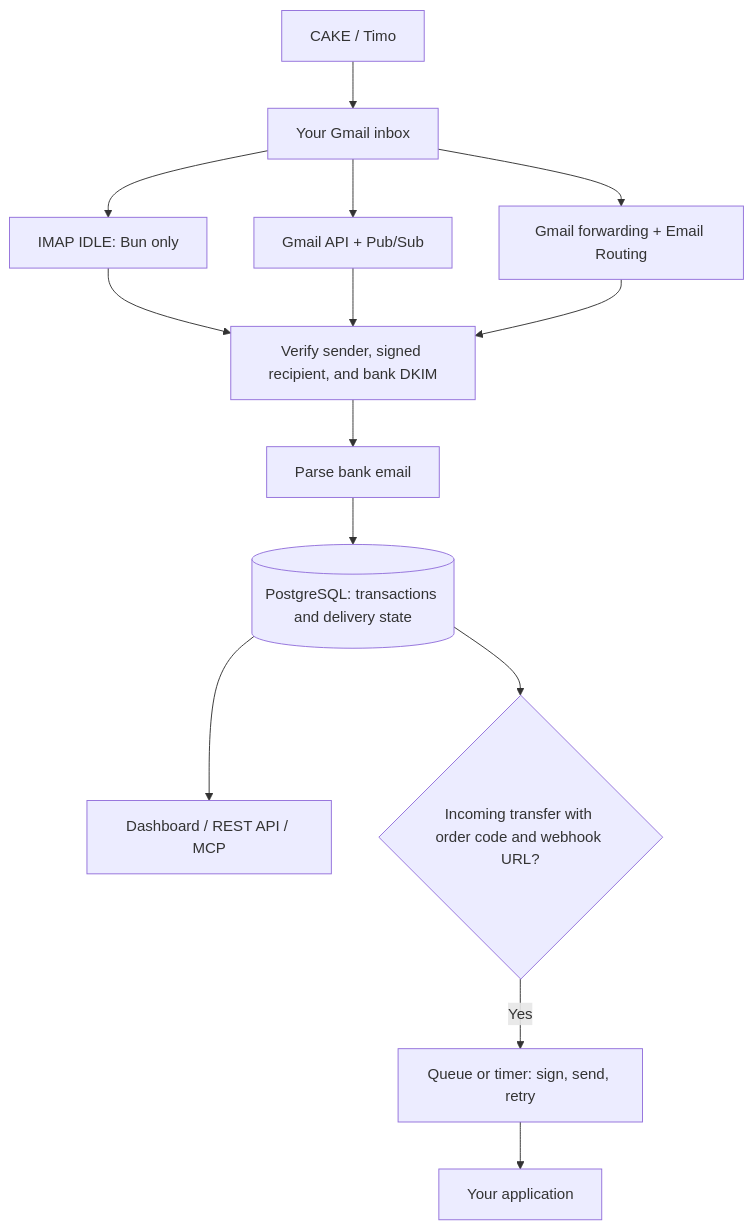
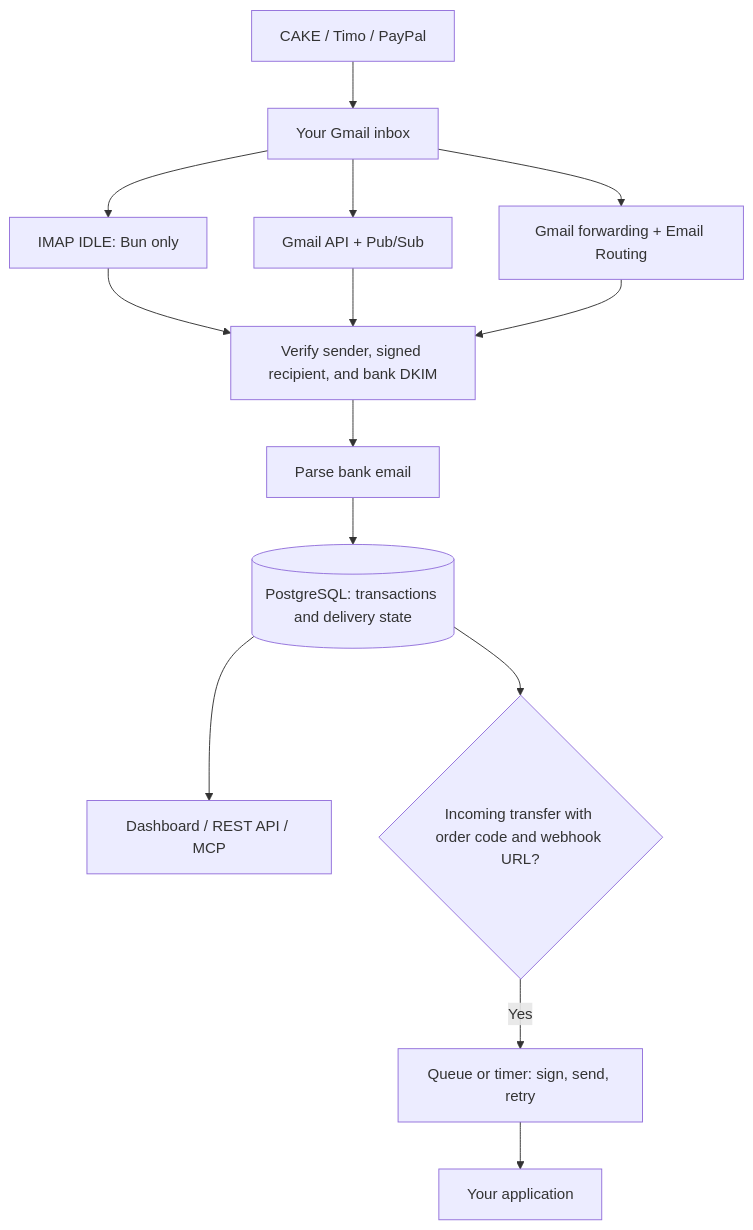
One commit to stormdang20/PayMailHook changed the diagram in README.md. Above: the diagram before and after it, drawn with Mermaid. The commit also changed other lines of this file and 2 other files, not shown here.

````diff
--- a/README.md
+++ b/README.md
@@ -51,16 +52,16 @@
 ```mermaid
 flowchart TD
-    Bank[CAKE / Timo] --> Gmail[Your Gmail inbox]
+    Bank[CAKE / Timo / PayPal] --> Gmail[Your Gmail inbox]
     Gmail --> IMAP[IMAP IDLE: Bun only]
     Gmail --> OAuth[Gmail API + Pub/Sub]
     Gmail --> Forward[Gmail forwarding + Email Routing]
     IMAP --> Verify[Verify sender, signed recipient, and bank DKIM]
     OAuth --> Verify
     Forward --> Verify
     Verify --> Parse[Parse bank email]
     Parse --> DB[(PostgreSQL: transactions and delivery state)]
     DB --> UI[Dashboard / REST API / MCP]
     DB --> Match{Incoming transfer with order code and webhook URL?}
     Match -->|Yes| Delivery[Queue or timer: sign, send, retry]
     Delivery --> App[Your application]
 ```
````
